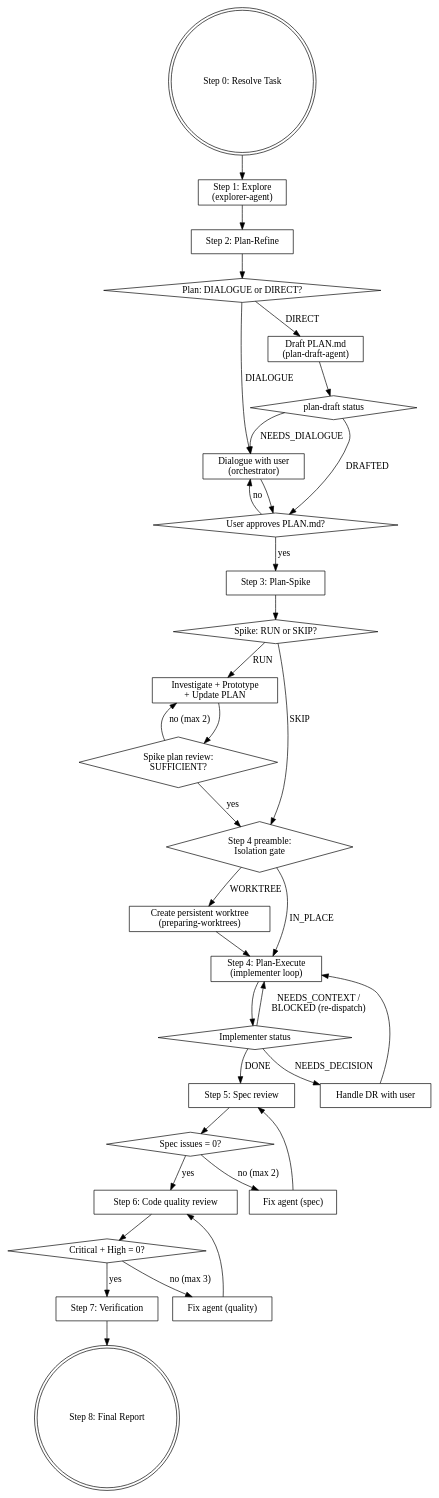
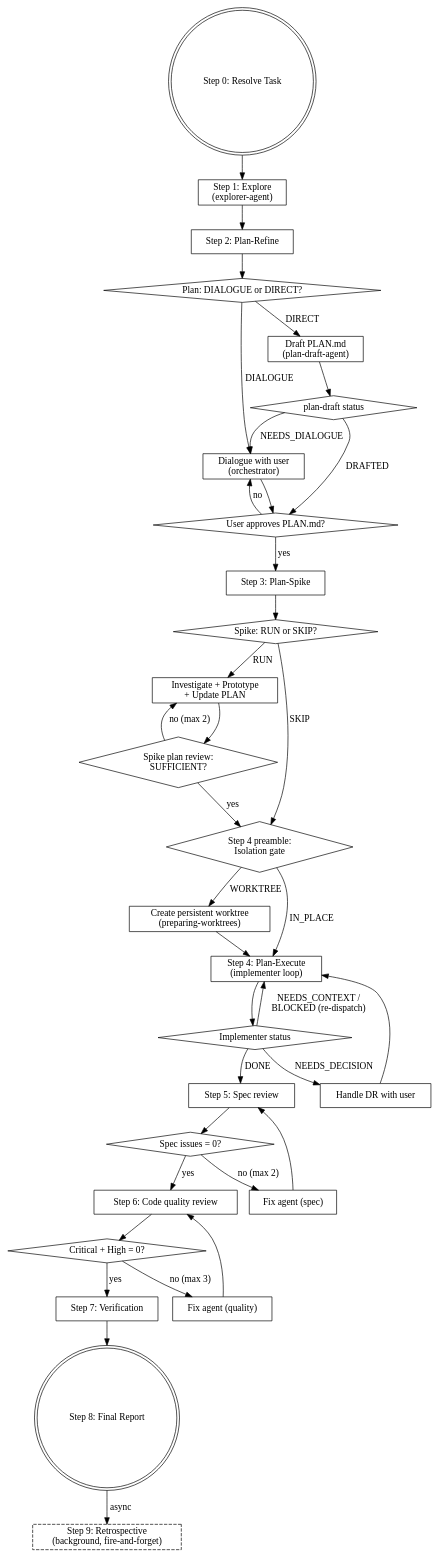
Before and after one commit to matsuyoshi30/dotfiles: the diagram in .agents/skills/devflow/SKILL.md, drawn with Graphviz. The commit also changed other lines of this file and 2 other files, not shown here.

````diff
--- a/.agents/skills/devflow/SKILL.md
+++ b/.agents/skills/devflow/SKILL.md
@@ -19,65 +19,67 @@
 ```dot
 digraph devflow {
     rankdir=TB;
     "Step 0: Resolve Task" [shape=doublecircle];
     "Step 1: Explore\n(explorer-agent)" [shape=box];
     "Step 2: Plan-Refine" [shape=box];
     "Plan: DIALOGUE or DIRECT?" [shape=diamond];
     "Dialogue with user\n(orchestrator)" [shape=box];
     "Draft PLAN.md\n(plan-draft-agent)" [shape=box];
     "plan-draft status" [shape=diamond];
     "User approves PLAN.md?" [shape=diamond];
     "Step 3: Plan-Spike" [shape=box];
     "Spike: RUN or SKIP?" [shape=diamond];
     "Investigate + Prototype\n+ Update PLAN" [shape=box];
     "Spike plan review:\nSUFFICIENT?" [shape=diamond];
     "Step 4 preamble:\nIsolation gate" [shape=diamond];
     "Create persistent worktree\n(preparing-worktrees)" [shape=box];
     "Step 4: Plan-Execute\n(implementer loop)" [shape=box];
     "Implementer status" [shape=diamond];
     "Handle DR with user" [shape=box];
     "Step 5: Spec review" [shape=box];
     "Spec issues = 0?" [shape=diamond];
     "Fix agent (spec)" [shape=box];
     "Step 6: Code quality review" [shape=box];
     "Critical + High = 0?" [shape=diamond];
     "Fix agent (quality)" [shape=box];
     "Step 7: Verification" [shape=box];
     "Step 8: Final Report" [shape=doublecircle];
+    "Step 9: Retrospective\n(background, fire-and-forget)" [shape=box, style=dashed];
 
     "Step 0: Resolve Task" -> "Step 1: Explore\n(explorer-agent)";
     "Step 1: Explore\n(explorer-agent)" -> "Step 2: Plan-Refine";
     "Step 2: Plan-Refine" -> "Plan: DIALOGUE or DIRECT?";
     "Plan: DIALOGUE or DIRECT?" -> "Dialogue with user\n(orchestrator)" [label="DIALOGUE"];
     "Plan: DIALOGUE or DIRECT?" -> "Draft PLAN.md\n(plan-draft-agent)" [label="DIRECT"];
     "Dialogue with user\n(orchestrator)" -> "User approves PLAN.md?";
     "Draft PLAN.md\n(plan-draft-agent)" -> "plan-draft status";
     "plan-draft status" -> "User approves PLAN.md?" [label="DRAFTED"];
     "plan-draft status" -> "Dialogue with user\n(orchestrator)" [label="NEEDS_DIALOGUE"];
     "User approves PLAN.md?" -> "Dialogue with user\n(orchestrator)" [label="no"];
     "User approves PLAN.md?" -> "Step 3: Plan-Spike" [label="yes"];
     "Step 3: Plan-Spike" -> "Spike: RUN or SKIP?";
     "Spike: RUN or SKIP?" -> "Investigate + Prototype\n+ Update PLAN" [label="RUN"];
     "Spike: RUN or SKIP?" -> "Step 4 preamble:\nIsolation gate" [label="SKIP"];
     "Investigate + Prototype\n+ Update PLAN" -> "Spike plan review:\nSUFFICIENT?";
     "Spike plan review:\nSUFFICIENT?" -> "Investigate + Prototype\n+ Update PLAN" [label="no (max 2)"];
     "Spike plan review:\nSUFFICIENT?" -> "Step 4 preamble:\nIsolation gate" [label="yes"];
     "Step 4 preamble:\nIsolation gate" -> "Create persistent worktree\n(preparing-worktrees)" [label="WORKTREE"];
     "Step 4 preamble:\nIsolation gate" -> "Step 4: Plan-Execute\n(implementer loop)" [label="IN_PLACE"];
     "Create persistent worktree\n(preparing-worktrees)" -> "Step 4: Plan-Execute\n(implementer loop)";
     "Step 4: Plan-Execute\n(implementer loop)" -> "Implementer status";
     "Implementer status" -> "Step 5: Spec review" [label="DONE"];
     "Implementer status" -> "Handle DR with user" [label="NEEDS_DECISION"];
     "Handle DR with user" -> "Step 4: Plan-Execute\n(implementer loop)";
     "Implementer status" -> "Step 4: Plan-Execute\n(implementer loop)" [label="NEEDS_CONTEXT /\nBLOCKED (re-dispatch)"];
     "Step 5: Spec review" -> "Spec issues = 0?";
     "Spec issues = 0?" -> "Fix agent (spec)" [label="no (max 2)"];
     "Fix agent (spec)" -> "Step 5: Spec review";
     "Spec issues = 0?" -> "Step 6: Code quality review" [label="yes"];
     "Step 6: Code quality review" -> "Critical + High = 0?";
     "Critical + High = 0?" -> "Fix agent (quality)" [label="no (max 3)"];
     "Fix agent (quality)" -> "Step 6: Code quality review";
     "Critical + High = 0?" -> "Step 7: Verification" [label="yes"];
     "Step 7: Verification" -> "Step 8: Final Report";
+    "Step 8: Final Report" -> "Step 9: Retrospective\n(background, fire-and-forget)" [label="async"];
 }
 ```
````
